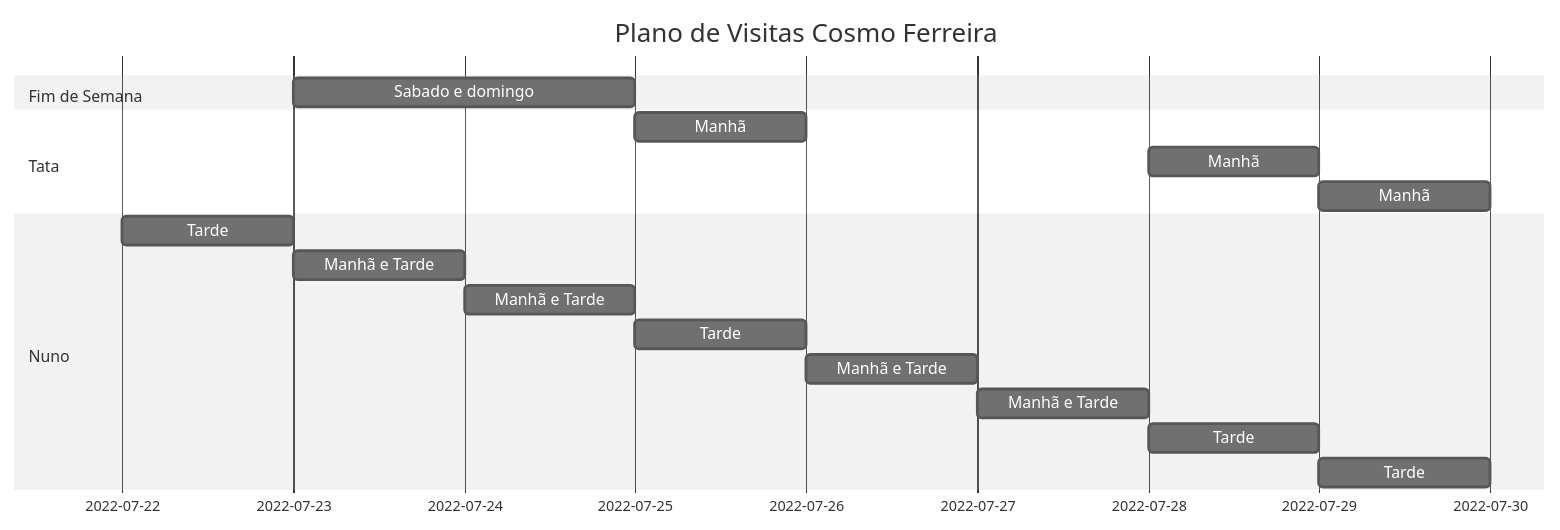
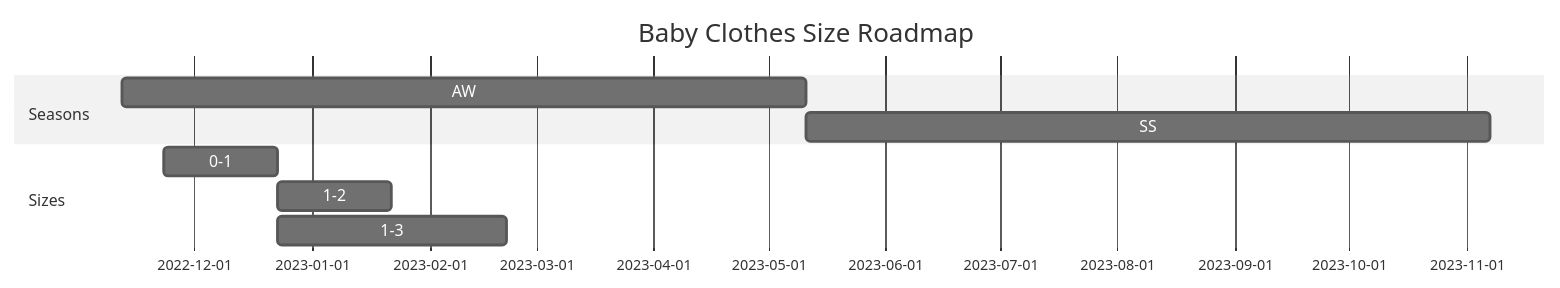
Before and after one commit to jnunoferreira/babythings: the diagram in docs/babyclothes.md, drawn with Mermaid (neutral theme).

Commit message:
real data test

````diff
--- a/docs/babyclothes.md
+++ b/docs/babyclothes.md
@@ -6,21 +6,13 @@
 ```mermaid
 gantt
-    title Plano de Visitas Cosmo Ferreira
-    dateFormat  YYYY-MM-DD
-    section Fim de Semana
-    Sabado e domingo           :a1, 2022-07-23, 2d
-    section Tata
-    Manhã           :a1, 2022-07-25, 1d
-    Manhã           :a1, 2022-07-28, 1d
-    Manhã           :a1, 2022-07-29, 1d
-    section Nuno
-    Tarde           :a1, 2022-07-22, 1d
-    Manhã e Tarde           :a1, 2022-07-23, 1d
-    Manhã e Tarde           :a1, 2022-07-24, 1d
-    Tarde           :a1, 2022-07-25, 1d
-    Manhã e Tarde           :a1, 2022-07-26, 1d
-    Manhã e Tarde           :a1, 2022-07-27, 1d
-    Tarde           :a1, 2022-07-28, 1d
-    Tarde           :a1, 2022-07-29, 1d
+    title Baby Clothes Size Roadmap
+    dateFormat  DD-MM-YYYY
+    section Seasons
+    AW           :a1, 12-11-2022, 180d
+    SS           :after a1  , 180d
+    section Sizes
+    0-1           :a2, 23-11-2022, 30d
+    1-2           :after a2 , 30d
+    1-3           :after a2 , 60d
     
 ```
````
